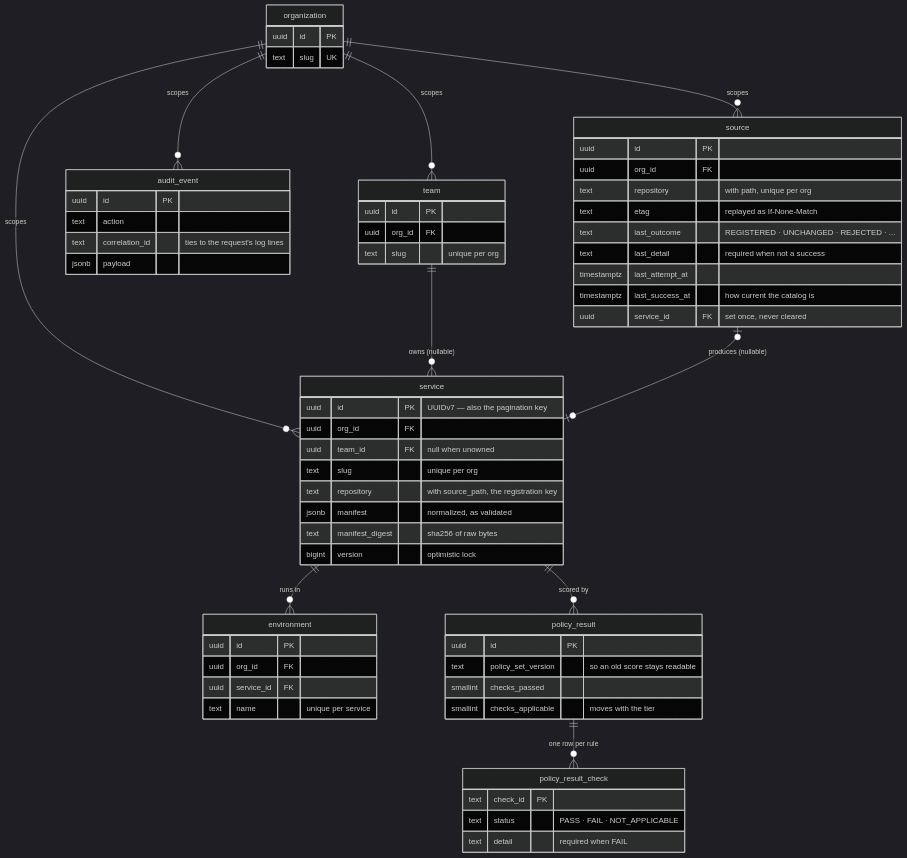
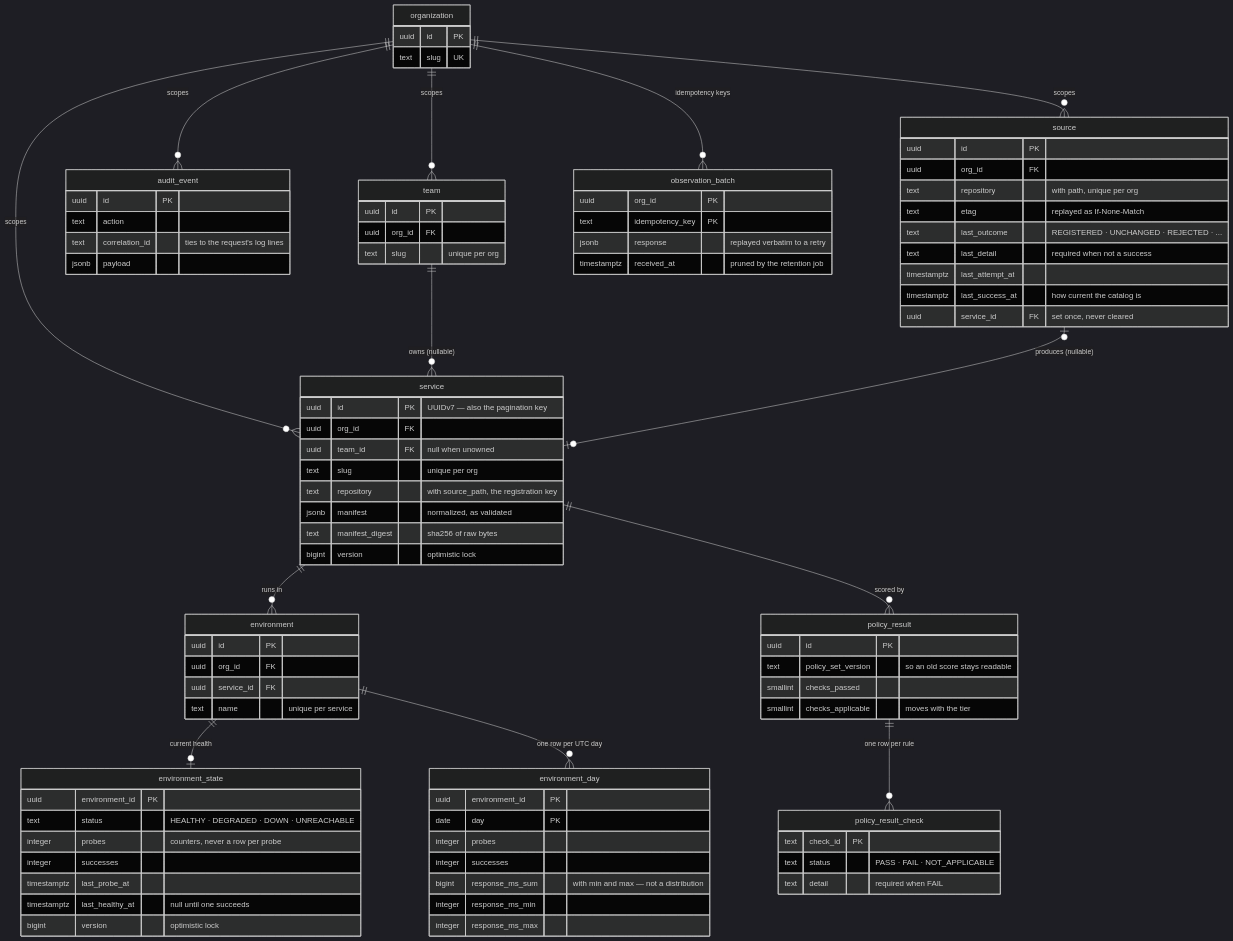
One commit to HoseaCodes/OpsAtlas changed the fourth of 5 diagrams in docs/architecture/slice-one.md. Above: the diagram before and after it, drawn with Mermaid (dark theme). The commit also changed other lines of this file and 27 other files, not shown here.

```diff
--- a/docs/architecture/slice-one.md
+++ b/docs/architecture/slice-one.md
@@ -167,6 +164,9 @@
     organization ||--o{ audit_event : "scopes"
     organization ||--o{ source : "scopes"
     source |o--o| service : "produces (nullable)"
+    environment ||--o| environment_state : "current health"
+    environment ||--o{ environment_day : "one row per UTC day"
+    organization ||--o{ observation_batch : "idempotency keys"
 
     organization {
         uuid id PK
@@ -204,6 +204,30 @@
         text status "PASS · FAIL · NOT_APPLICABLE"
         text detail "required when FAIL"
     }
+    environment_state {
+        uuid environment_id PK
+        text status "HEALTHY · DEGRADED · DOWN · UNREACHABLE"
+        integer probes "counters, never a row per probe"
+        integer successes
+        timestamptz last_probe_at
+        timestamptz last_healthy_at "null until one succeeds"
+        bigint version "optimistic lock"
+    }
+    environment_day {
+        uuid environment_id PK
+        date day PK
+        integer probes
+        integer successes
+        bigint response_ms_sum "with min and max — not a distribution"
+        integer response_ms_min
+        integer response_ms_max
+    }
+    observation_batch {
+        uuid org_id PK
+        text idempotency_key PK
+        jsonb response "replayed verbatim to a retry"
+        timestamptz received_at "pruned by the retention job"
+    }
     audit_event {
         uuid id PK
         text action
```
